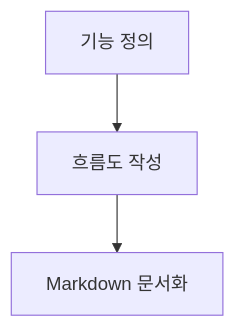
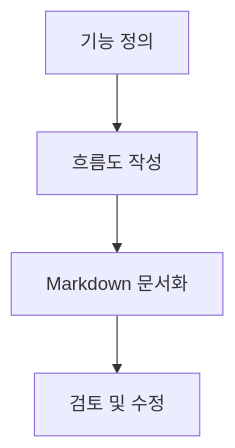
The third of 10 diagrams in vibe_coding_timeline.md (ustudiopd/vibe_coding), drawn with Mermaid before and after one commit. The commit also changed other lines of this file, not shown here.

````diff
--- a/vibe_coding_timeline.md
+++ b/vibe_coding_timeline.md
@@ -73,5 +53,6 @@
 ```mermaid
 graph TD
     A[기능 정의] --> B[흐름도 작성]
     B --> C[Markdown 문서화]
+    C --> D[검토 및 수정]
 ```
````
